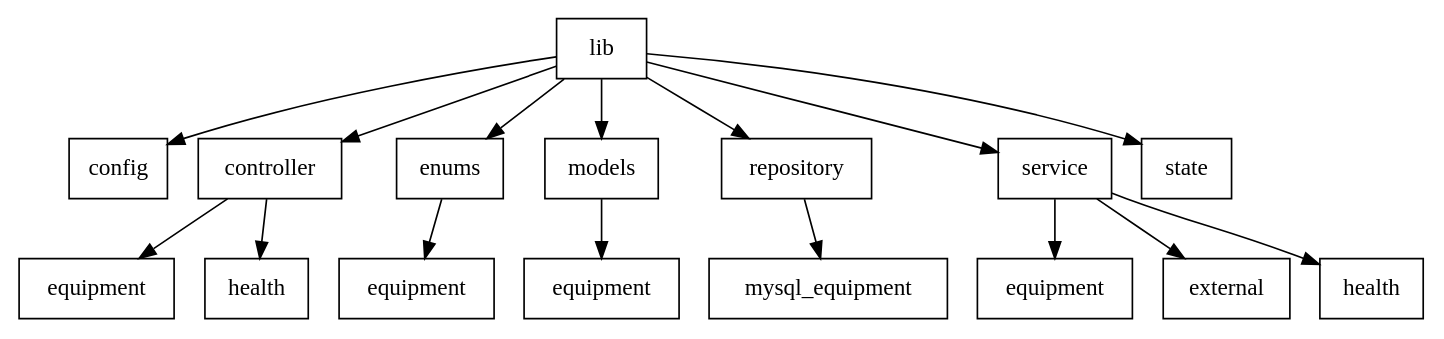
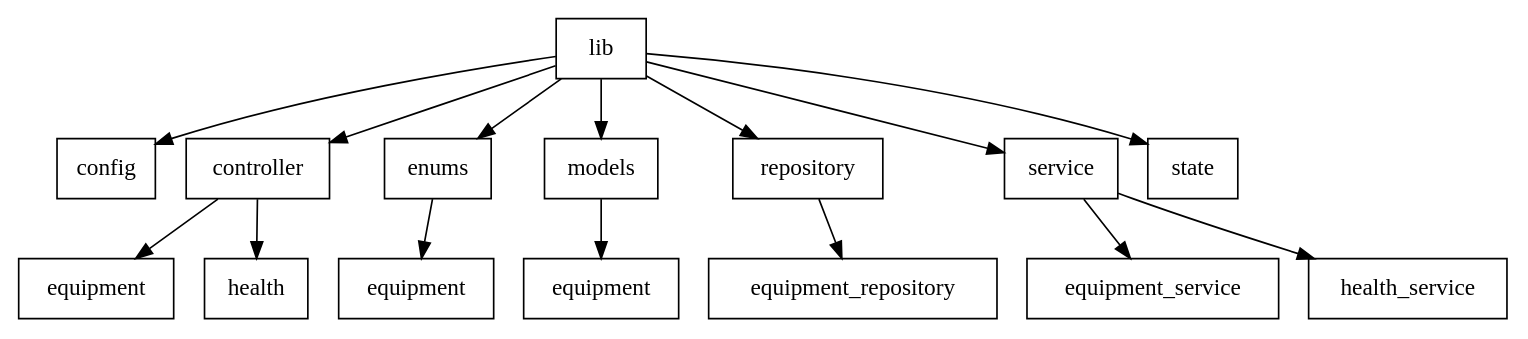
One commit to maxmallz/restaurants changed the diagram in modules.dot. Above: the diagram before and after it, drawn with Graphviz. The commit also changed 2 other files, not shown here.

```diff
--- a/modules.dot
+++ b/modules.dot
@@ -1,34 +1,32 @@
 digraph packages {
   node [shape=box];
   n1 [label="lib"];
   n2 [label="config"];
   n1 -> n2;
   n3 [label="controller"];
   n1 -> n3;
   n4 [label="equipment"];
   n3 -> n4;
   n5 [label="health"];
   n3 -> n5;
   n6 [label="enums"];
   n1 -> n6;
   n7 [label="equipment"];
   n6 -> n7;
   n8 [label="models"];
   n1 -> n8;
   n9 [label="equipment"];
   n8 -> n9;
   n10 [label="repository"];
   n1 -> n10;
-  n11 [label="mysql_equipment"];
+  n11 [label="equipment_repository"];
   n10 -> n11;
   n12 [label="service"];
   n1 -> n12;
-  n13 [label="equipment"];
+  n13 [label="equipment_service"];
   n12 -> n13;
-  n14 [label="external"];
+  n14 [label="health_service"];
   n12 -> n14;
-  n15 [label="health"];
-  n12 -> n15;
-  n16 [label="state"];
-  n1 -> n16;
+  n15 [label="state"];
+  n1 -> n15;
 }
```
